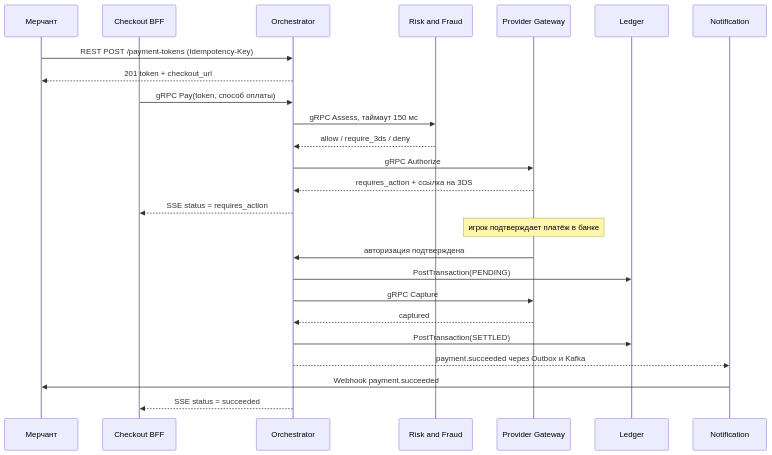
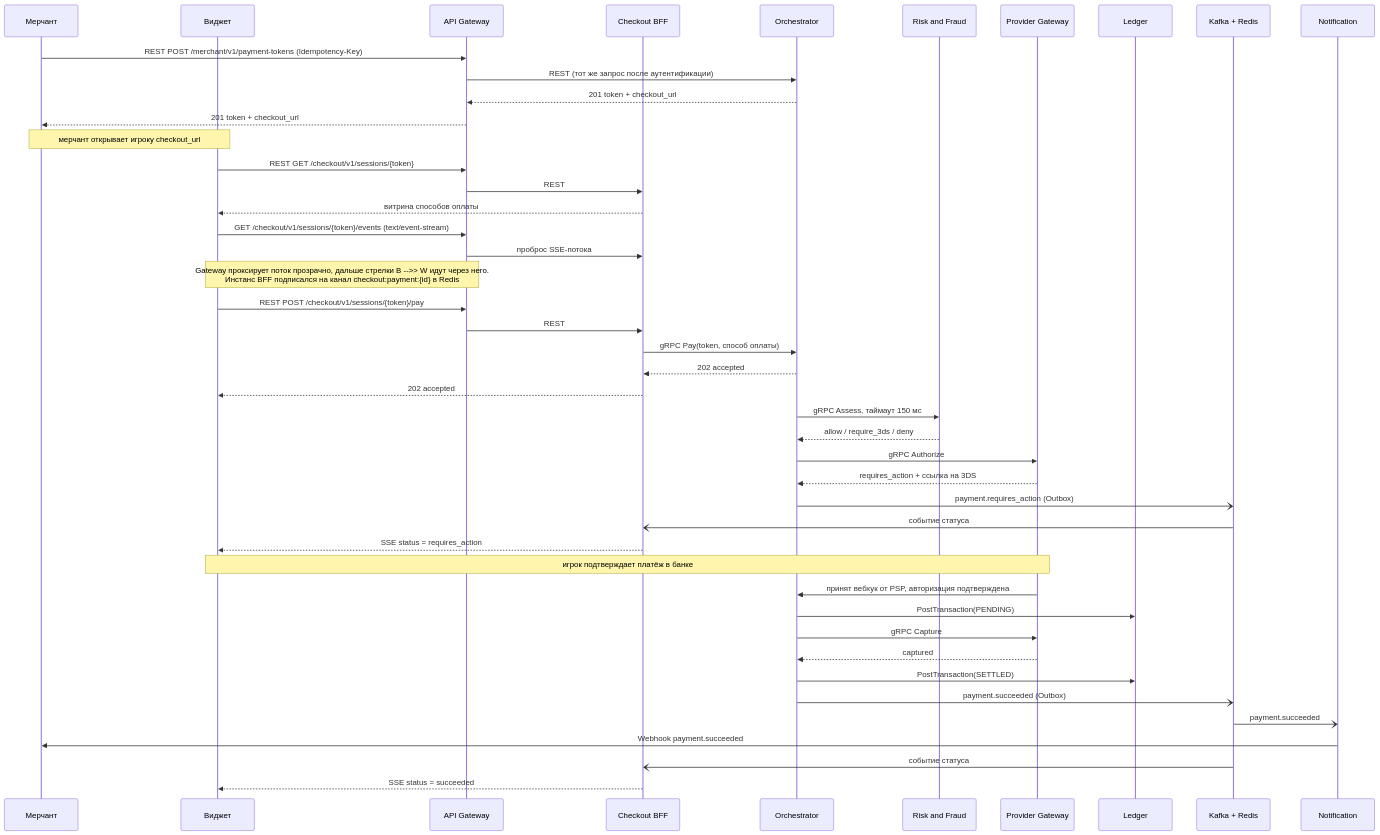
The second of 3 diagrams in hw_02/solution/README.md (hebgehogg/system-design-otus), drawn with Mermaid before and after one commit. The commit also changed other lines of this file, not shown here.

````diff
--- a/hw_02/solution/README.md
+++ b/hw_02/solution/README.md
@@ -206,28 +210,48 @@
 ```mermaid
 sequenceDiagram
     participant M as Мерчант
+    participant W as Виджет
+    participant G as API Gateway
     participant B as Checkout BFF
     participant O as Orchestrator
     participant R as Risk and Fraud
     participant P as Provider Gateway
     participant L as Ledger
+    participant K as Kafka + Redis
     participant N as Notification
 
-    M->>O: REST POST /payment-tokens (Idempotency-Key)
-    O-->>M: 201 token + checkout_url
+    M->>G: REST POST /merchant/v1/payment-tokens (Idempotency-Key)
+    G->>O: REST (тот же запрос после аутентификации)
+    O-->>G: 201 token + checkout_url
+    G-->>M: 201 token + checkout_url
+    Note over M,W: мерчант открывает игроку checkout_url
+    W->>G: REST GET /checkout/v1/sessions/{token}
+    G->>B: REST
+    B-->>W: витрина способов оплаты
+    W->>G: GET /checkout/v1/sessions/{token}/events (text/event-stream)
+    G->>B: проброс SSE-потока
+    Note over G,W: Gateway проксирует поток прозрачно, дальше стрелки B -->> W идут через него.<br/>Инстанс BFF подписался на канал checkout:payment:{id} в Redis
+    W->>G: REST POST /checkout/v1/sessions/{token}/pay
+    G->>B: REST
     B->>O: gRPC Pay(token, способ оплаты)
+    O-->>B: 202 accepted
+    B-->>W: 202 accepted
     O->>R: gRPC Assess, таймаут 150 мс
     R-->>O: allow / require_3ds / deny
     O->>P: gRPC Authorize
     P-->>O: requires_action + ссылка на 3DS
-    O-->>B: SSE status = requires_action
-    Note over P: игрок подтверждает платёж в банке
-    P->>O: авторизация подтверждена
+    O-)K: payment.requires_action (Outbox)
+    K-)B: событие статуса
+    B-->>W: SSE status = requires_action
+    Note over W,P: игрок подтверждает платёж в банке
+    P->>O: принят вебхук от PSP, авторизация подтверждена
     O->>L: PostTransaction(PENDING)
     O->>P: gRPC Capture
     P-->>O: captured
     O->>L: PostTransaction(SETTLED)
-    O-->>N: payment.succeeded через Outbox и Kafka
+    O-)K: payment.succeeded (Outbox)
+    K-)N: payment.succeeded
     N->>M: Webhook payment.succeeded
-    O-->>B: SSE status = succeeded
+    K-)B: событие статуса
+    B-->>W: SSE status = succeeded
 ```
````
